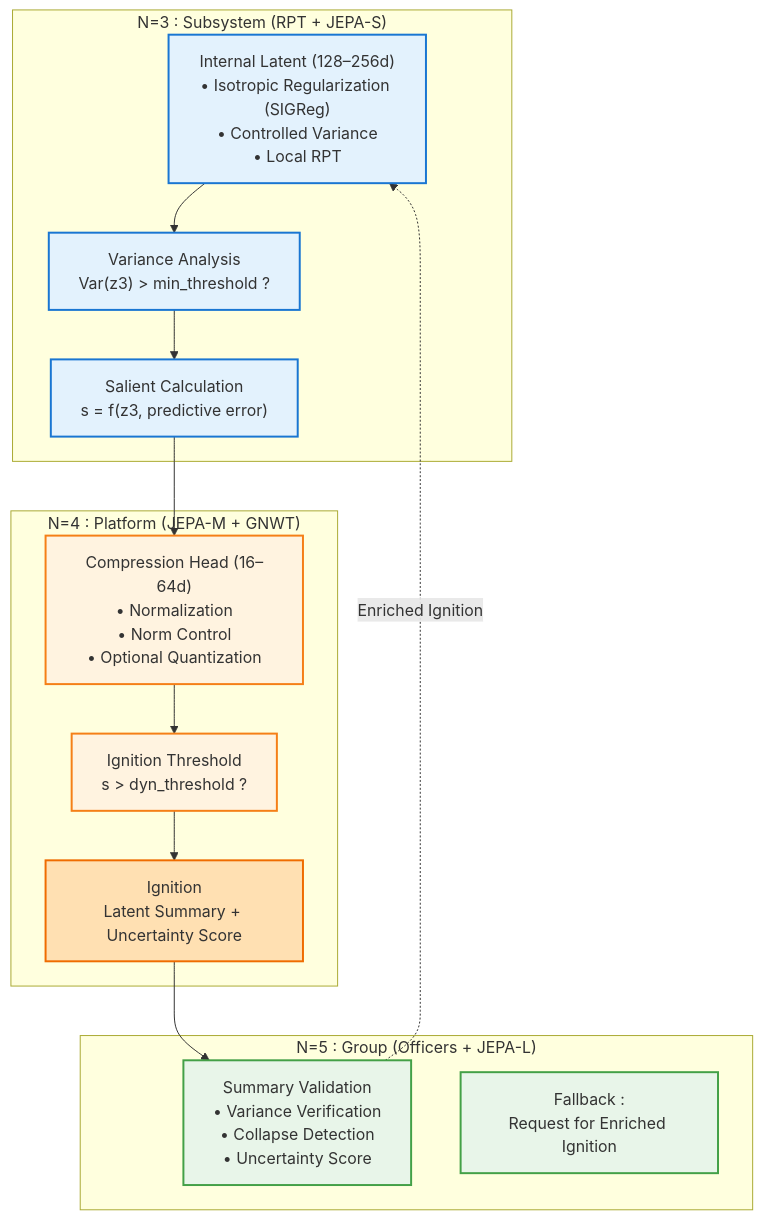
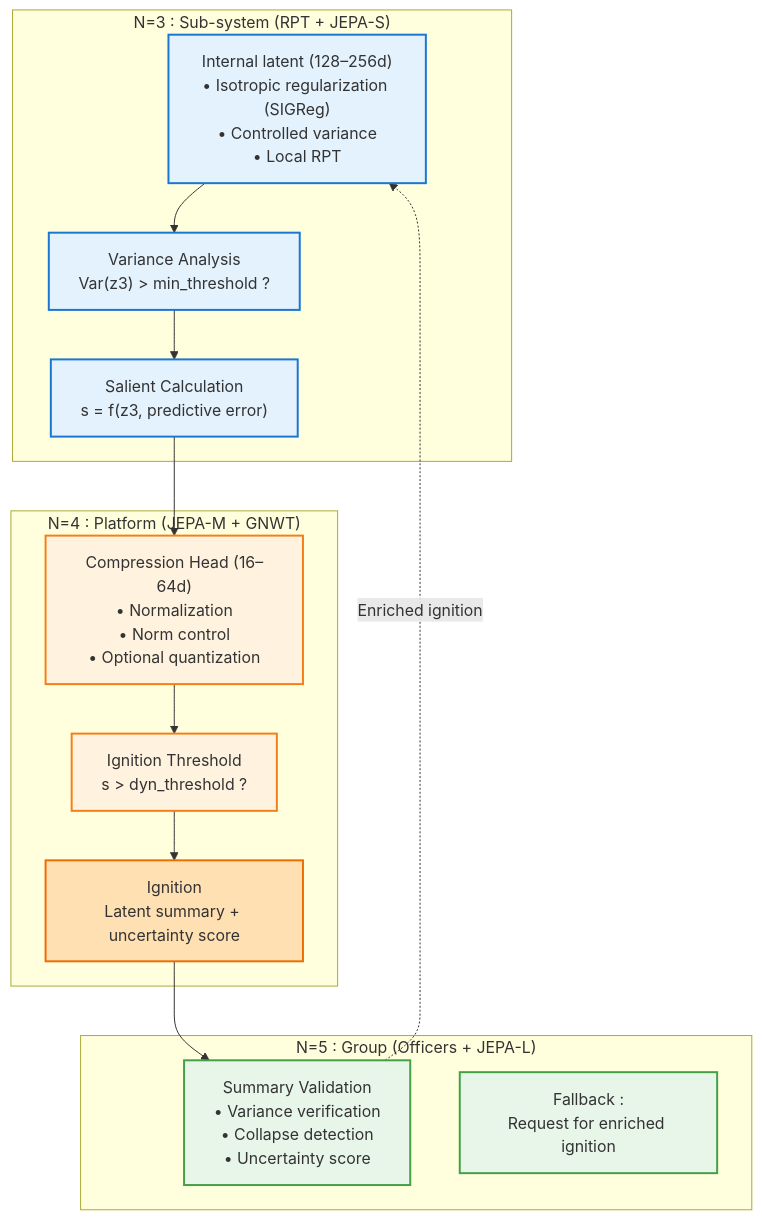
One commit to AlainCo/GNWT-Garrigue-X-en changed the sixth of 6 diagrams in architecture/architecture.md. Above: the diagram before and after it, drawn with Mermaid. The commit also changed other lines of this file and 20 other files, not shown here.

````diff
--- a/architecture/architecture.md
+++ b/architecture/architecture.md
@@ -198,38 +201,38 @@
 ```mermaid
 flowchart TD
 
-    %% --- N3 : Internal Latent ---
-    subgraph N3 ["N=3 : Subsystem (RPT + JEPA-S)"]
-        L3["Internal Latent (128–256d)\n• Isotropic Regularization (SIGReg)\n• Controlled Variance\n• Local RPT"]
+    %% --- N3 : Latent interne ---
+    subgraph N3 ["N=3 : Sub-system (RPT + JEPA-S)"]
+        L3["Internal latent (128–256d)\n• Isotropic regularization (SIGReg)\n• Controlled variance\n• Local RPT"]
         V3["Variance Analysis\nVar(z3) > min_threshold ?"]
         S3["Salient Calculation\ns = f(z3, predictive error)"]
     end
 
-    %% --- N4 : Compression + Ignition Threshold ---
+    %% --- N4 : Compression + Seuil d'Ignition ---
     subgraph N4 ["N=4 : Platform (JEPA-M + GNWT)"]
-        T4["Compression Head (16–64d)\n• Normalization\n• Norm Control\n• Optional Quantization"]
+        T4["Compression Head (16–64d)\n• Normalization\n• Norm control\n• Optional quantization"]
         Th4["Ignition Threshold\ns > dyn_threshold ?"]
-        I4["Ignition\nLatent Summary + Uncertainty Score"]
+        I4["Ignition\nLatent summary + uncertainty score"]
     end
 
     %% --- N5 : Validation + Fallback ---
     subgraph N5 ["N=5 : Group (Officers + JEPA-L)"]
-        V5["Summary Validation\n• Variance Verification\n• Collapse Detection\n• Uncertainty Score"]
-        F5["Fallback :\nRequest for Enriched Ignition"]
+        V5["Summary Validation\n• Variance verification\n• Collapse detection\n• Uncertainty score"]
+        F5["Fallback :\nRequest for enriched ignition"]
     end
 
-    %% --- Flows ---
+    %% --- Flux ---
     L3 --> V3 --> S3 --> T4 --> Th4 --> I4 --> V5
-    V5 -.->|"Enriched Ignition"| L3
+    V5 -.->|"Enriched ignition"| L3
 
     %% --- Styles ---
     classDef latent fill:#e3f2fd,stroke:#1976d2,stroke-width:2px
     classDef comp fill:#fff3e0,stroke:#f57f17,stroke-width:2px
     classDef ign fill:#ffe0b2,stroke:#ef6c00,stroke-width:2px
     classDef val fill:#e8f5e9,stroke:#43a047,stroke-width:2px
 
     class L3,V3,S3 latent
     class T4,Th4 comp
     class I4 ign
     class V5,F5 val
 ```
````
